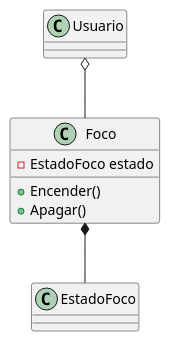
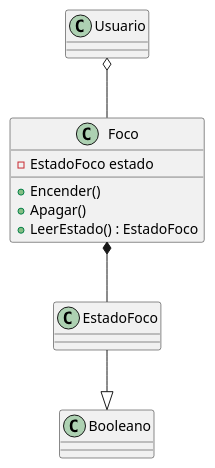
One commit to a25110277-Francisco/3E261-SEGUNDO-PARCIAL changed the diagram in docs/foco.puml. Above: the diagram before and after it, drawn with PlantUML. The commit also changed 5 other files, not shown here.

```diff
--- a/docs/foco.puml
+++ b/docs/foco.puml
@@ -1,16 +1,18 @@
 @startuml foco
 
 class Usuario
 class Foco
 class EstadoFoco
 
 Usuario o-- Foco
 Foco *-- EstadoFoco
+EstadoFoco --|> Booleano
 
 class Foco{
     - EstadoFoco estado
     + Encender()
     + Apagar()
+    + LeerEstado() : EstadoFoco
 }
 
 @enduml
```
